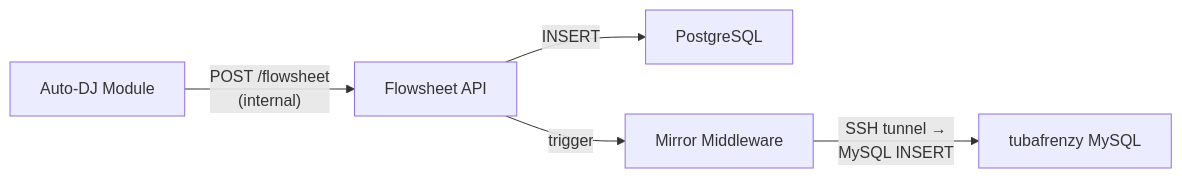
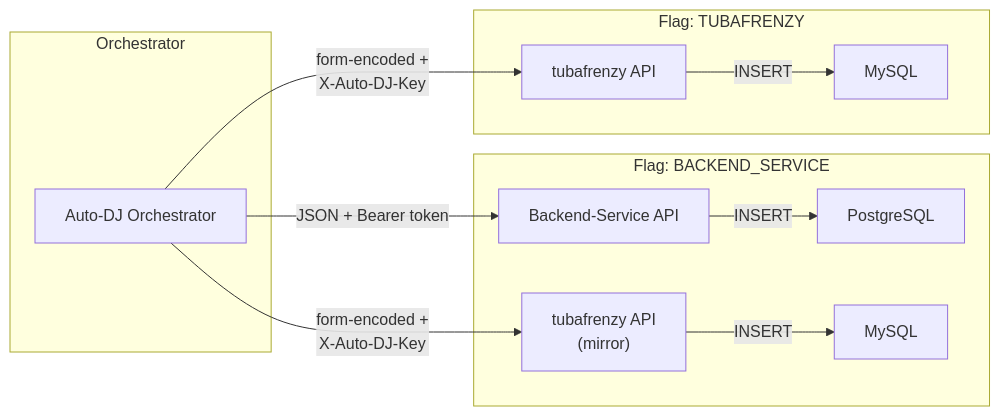
One commit to WXYC/auto-dj-arduino-switch changed the fourth of 15 diagrams in docs/networking-spec.md. Above: the diagram before and after it, drawn with Mermaid. The commit also changed other lines of this file, not shown here.

First line of the commit message:
Refactor: orchestrator is a standalone service, not a Backend-Service module

````diff
--- a/docs/networking-spec.md
+++ b/docs/networking-spec.md
@@ -228,7 +241,19 @@
 ```mermaid
 flowchart LR
-    AutoDJ["Auto-DJ Module"] -->|"POST /flowsheet<br>(internal)"| API["Flowsheet API"]
-    API -->|"INSERT"| PG["PostgreSQL"]
-    API -->|"trigger"| Mirror["Mirror Middleware"]
-    Mirror -->|"SSH tunnel →<br>MySQL INSERT"| TF["tubafrenzy MySQL"]
+    subgraph Orchestrator
+        ORCH["Auto-DJ Orchestrator"]
+    end
+
+    subgraph BS_Mode["Flag: BACKEND_SERVICE"]
+        BS_API["Backend-Service API"] -->|"INSERT"| PG["PostgreSQL"]
+        TF_MIRROR["tubafrenzy API<br>(mirror)"] -->|"INSERT"| TF_DB1["MySQL"]
+    end
+
+    subgraph TF_Mode["Flag: TUBAFRENZY"]
+        TF_API["tubafrenzy API"] -->|"INSERT"| TF_DB2["MySQL"]
+    end
+
+    ORCH -->|"JSON + Bearer token"| BS_API
+    ORCH -->|"form-encoded +<br>X-Auto-DJ-Key"| TF_MIRROR
+    ORCH -->|"form-encoded +<br>X-Auto-DJ-Key"| TF_API
 ```
````
